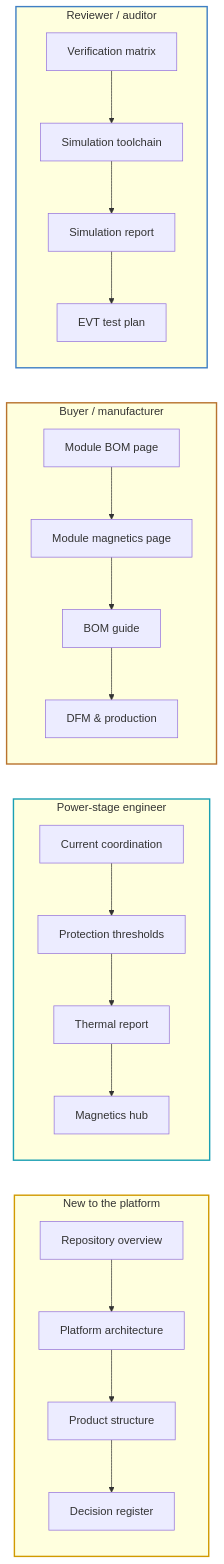
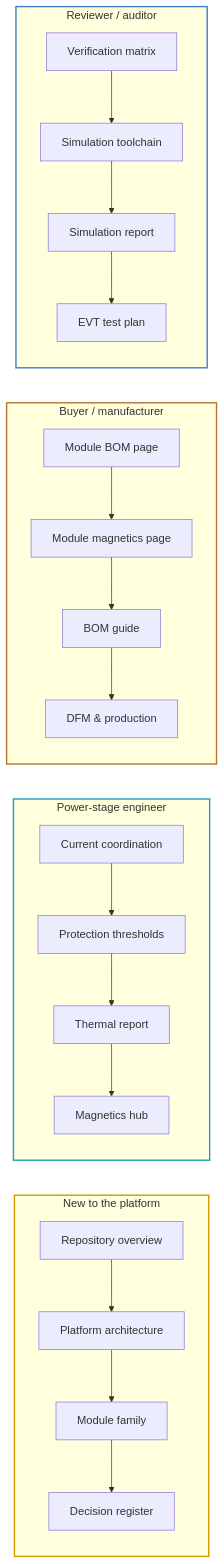
The diagram in docs/README.md (vectivolt/DC-Modules), drawn with Mermaid before and after one commit. The commit also changed other lines of this file and 77 other files, not shown here.

````diff
--- a/docs/README.md
+++ b/docs/README.md
@@ -24,23 +24,23 @@
 ```mermaid
 flowchart LR
   subgraph NEW["New to the platform"]
     direction TB
-    N1["Repository overview"] --> N2["Platform architecture"] --> N3["Product structure"] --> N4["Decision register"]
+    N1["Repository overview"] --> N2["Platform architecture"] --> N3["Module family"] --> N4["Decision register"]
   end
   subgraph ENG["Power-stage engineer"]
     direction TB
     P1["Current coordination"] --> P2["Protection thresholds"] --> P3["Thermal report"] --> P4["Magnetics hub"]
   end
   subgraph BUY["Buyer / manufacturer"]
     direction TB
     B1["Module BOM page"] --> B2["Module magnetics page"] --> B3["BOM guide"] --> B4["DFM & production"]
   end
   subgraph REV["Reviewer / auditor"]
     direction TB
     R1["Verification matrix"] --> R2["Simulation toolchain"] --> R3["Simulation report"] --> R4["EVT test plan"]
   end
   style NEW stroke:#d19a00,stroke-width:2px
   style ENG stroke:#1a9fb3,stroke-width:2px
   style BUY stroke:#b8732e,stroke-width:2px
   style REV stroke:#3f7fc4,stroke-width:2px
 ```
````
